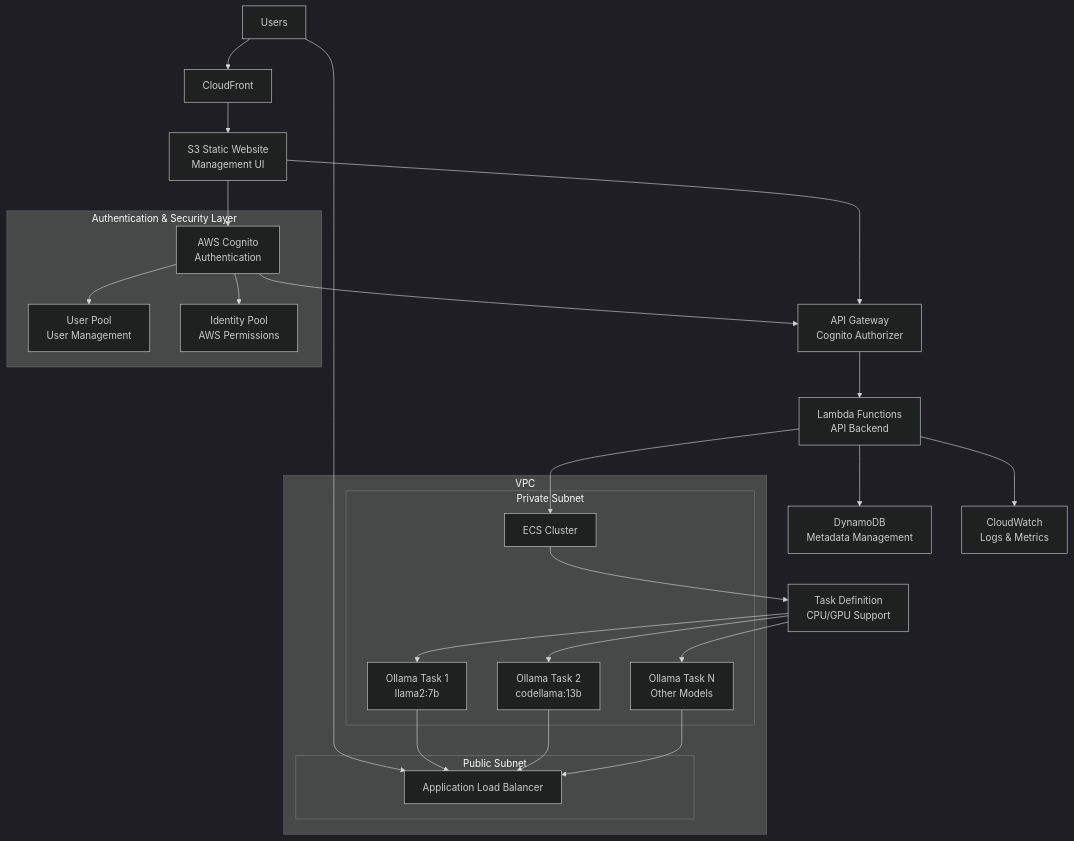
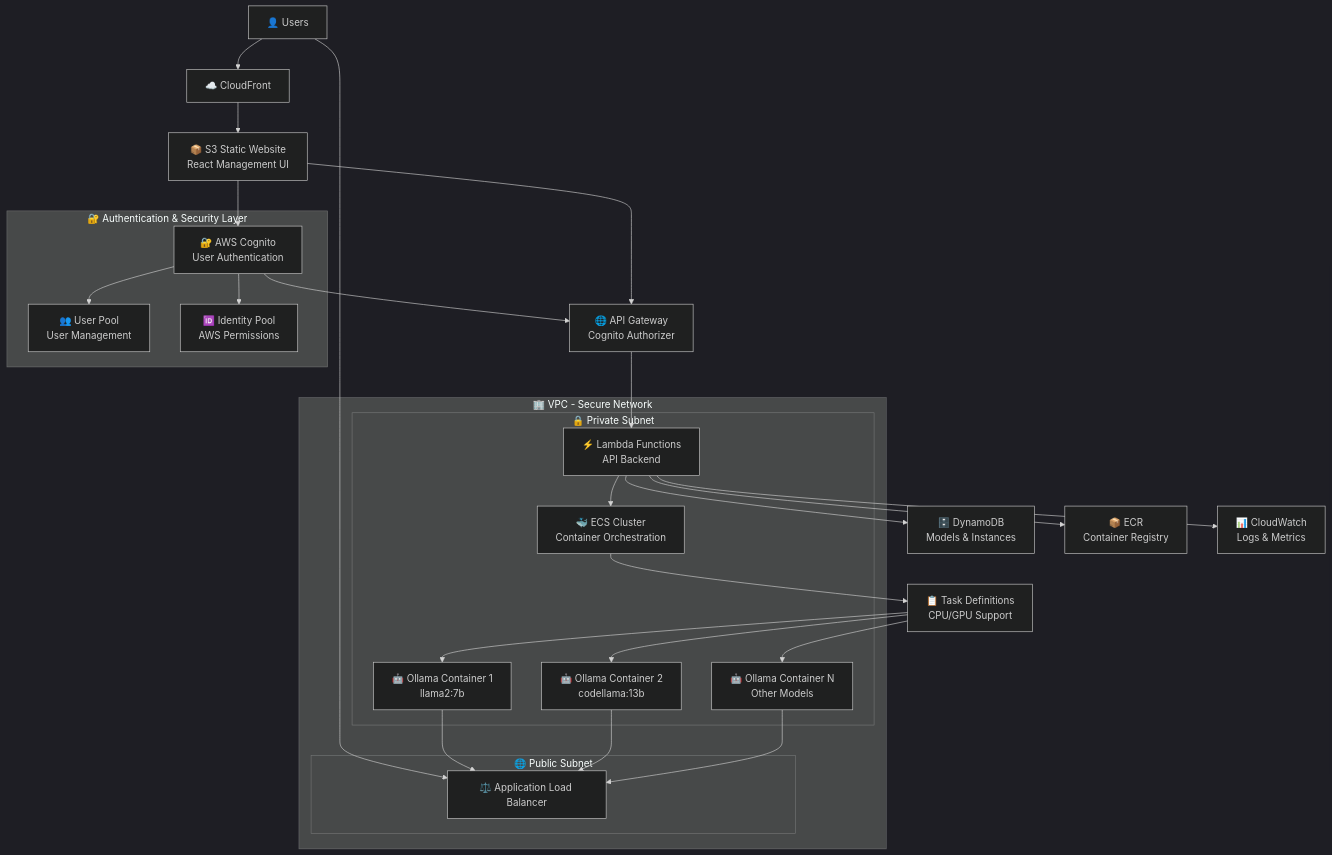
One commit to clf13092/aws-ollama-llm-platform changed the first of 5 diagrams in README.md. Above: the diagram before and after it, drawn with Mermaid (dark theme). The commit also changed other lines of this file and 55 other files, not shown here.

First line of the commit message:
🎉 Initial commit: AWS Ollama LLM Platform

````diff
--- a/README.md
+++ b/README.md
@@ -28,49 +30,51 @@
 ```mermaid
 graph TB
-    User[Users] --> CF[CloudFront]
-    User --> ALB[Application Load Balancer]
+    User[👤 Users] --> CF[☁️ CloudFront]
+    User --> ALB[⚖️ Application Load Balancer]
     
-    CF --> S3[S3 Static Website<br/>Management UI]
+    CF --> S3[📦 S3 Static Website<br/>React Management UI]
     
-    S3 --> Cognito[AWS Cognito<br/>Authentication]
-    S3 --> APIGW[API Gateway<br/>Cognito Authorizer]
+    S3 --> Cognito[🔐 AWS Cognito<br/>User Authentication]
+    S3 --> APIGW[🌐 API Gateway<br/>Cognito Authorizer]
     
     Cognito --> APIGW
-    APIGW --> Lambda[Lambda Functions<br/>API Backend]
+    APIGW --> Lambda[⚡ Lambda Functions<br/>API Backend]
     
-    Lambda --> DDB[DynamoDB<br/>Metadata Management]
-    Lambda --> ECS[ECS Cluster]
+    Lambda --> DDB[🗄️ DynamoDB<br/>Models & Instances]
+    Lambda --> ECS[🐳 ECS Cluster<br/>Container Orchestration]
+    Lambda --> ECR[📦 ECR<br/>Container Registry]
     
-    ECS --> TaskDef[Task Definition<br/>CPU/GPU Support]
-    TaskDef --> OllamaTask1[Ollama Task 1<br/>llama2:7b]
-    TaskDef --> OllamaTask2[Ollama Task 2<br/>codellama:13b]
-    TaskDef --> OllamaTaskN[Ollama Task N<br/>Other Models]
+    ECS --> TaskDef[📋 Task Definitions<br/>CPU/GPU Support]
+    TaskDef --> OllamaTask1[🤖 Ollama Container 1<br/>llama2:7b]
+    TaskDef --> OllamaTask2[🤖 Ollama Container 2<br/>codellama:13b]
+    TaskDef --> OllamaTaskN[🤖 Ollama Container N<br/>Other Models]
     
     OllamaTask1 --> ALB
     OllamaTask2 --> ALB
     OllamaTaskN --> ALB
     
-    Lambda --> CW[CloudWatch<br/>Logs & Metrics]
+    Lambda --> CW[📊 CloudWatch<br/>Logs & Metrics]
     
-    subgraph VPC[VPC]
-        subgraph PublicSubnet[Public Subnet]
+    subgraph VPC[🏢 VPC - Secure Network]
+        subgraph PublicSubnet[🌐 Public Subnet]
             ALB
         end
         
-        subgraph PrivateSubnet[Private Subnet]
+        subgraph PrivateSubnet[🔒 Private Subnet]
             ECS
             OllamaTask1
             OllamaTask2
             OllamaTaskN
+            Lambda
         end
     end
     
-    subgraph AuthLayer[Authentication & Security Layer]
+    subgraph AuthLayer[🔐 Authentication & Security Layer]
         Cognito
-        UserPool[User Pool<br/>User Management]
-        IdentityPool[Identity Pool<br/>AWS Permissions]
+        UserPool[👥 User Pool<br/>User Management]
+        IdentityPool[🆔 Identity Pool<br/>AWS Permissions]
         
         Cognito --> UserPool
         Cognito --> IdentityPool
     end
 ```
````
